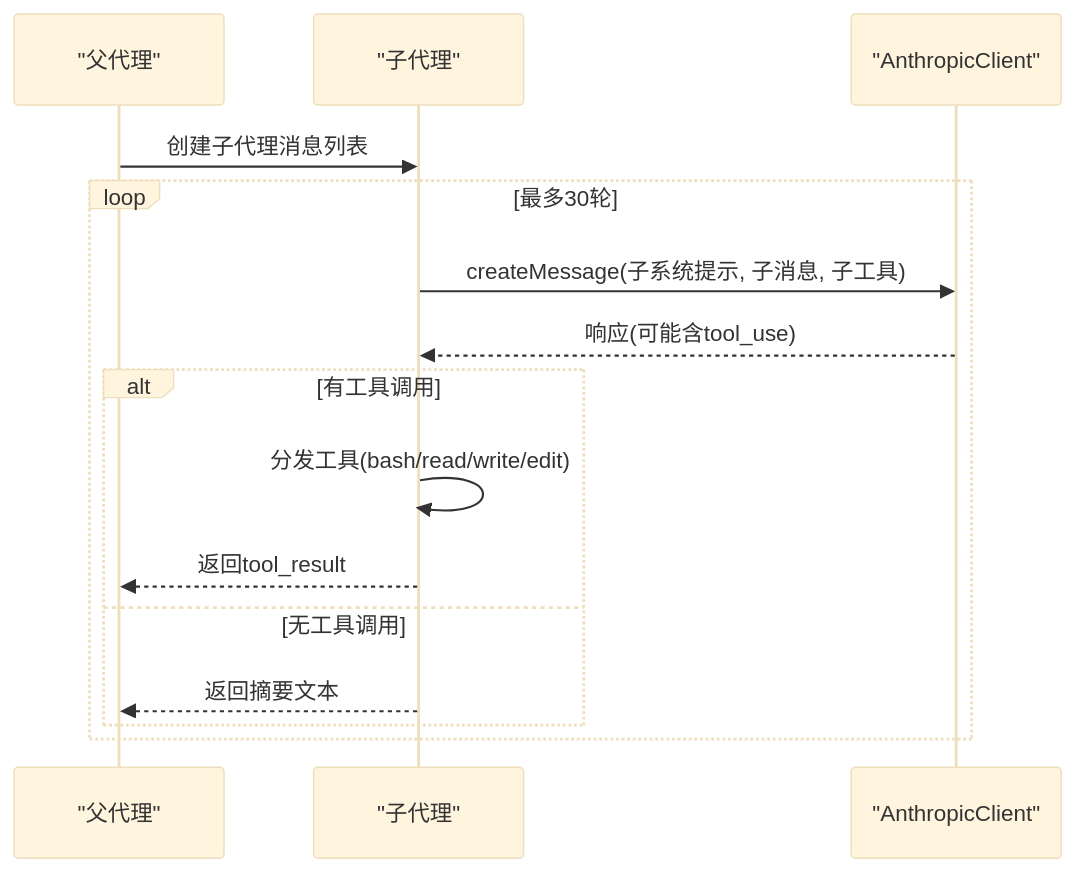
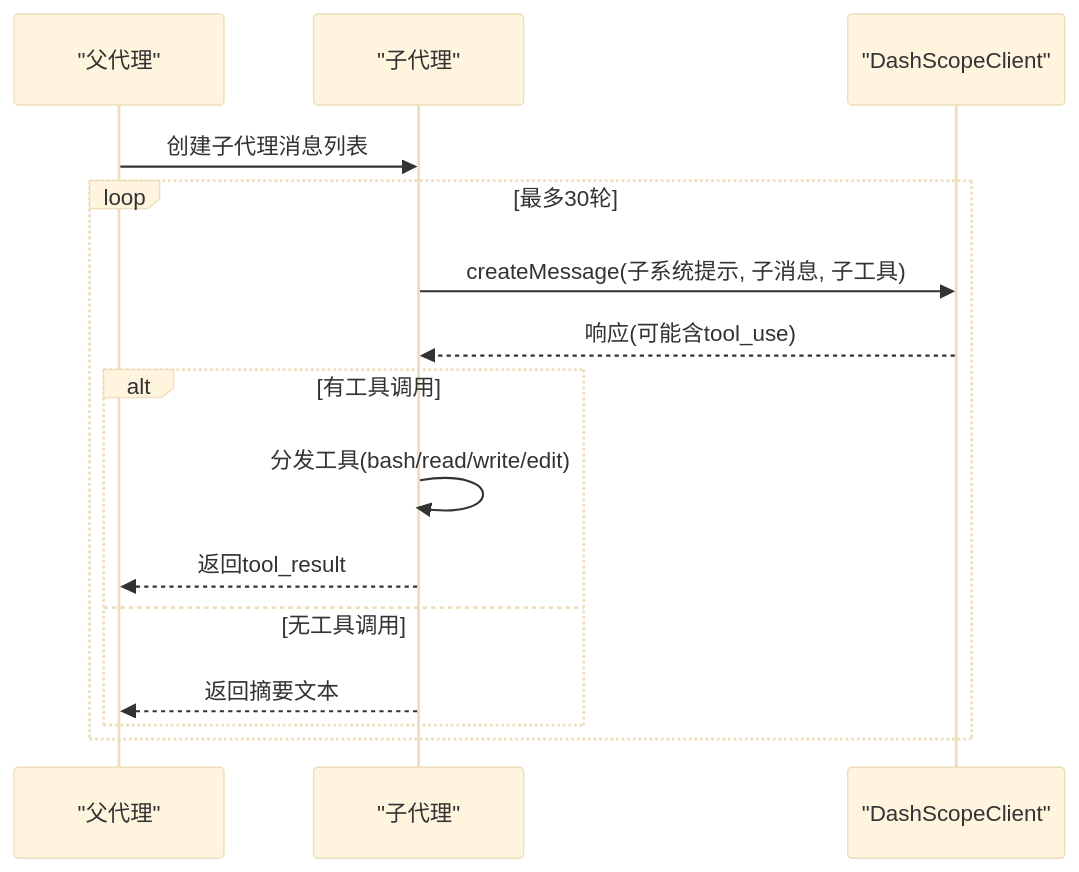
Before and after one commit to zhaojunyi0016/learn-harness: the fifth of 20 diagrams in .qoder/repowiki/zh/content/代理模块系列/高级代理模块.md, drawn with Mermaid (base theme). The commit also changed other lines of this file and 5 other files, not shown here.

````diff
--- a/.qoder/repowiki/zh/content/代理模块系列/高级代理模块.md
+++ b/.qoder/repowiki/zh/content/代理模块系列/高级代理模块.md
@@ -153,17 +242,17 @@
 ```mermaid
 sequenceDiagram
 participant Parent as "父代理"
 participant Child as "子代理"
-participant AC as "AnthropicClient"
+participant DS as "DashScopeClient"
 Parent->>Child : 创建子代理消息列表
 loop 最多30轮
-Child->>AC : createMessage(子系统提示, 子消息, 子工具)
-AC-->>Child : 响应(可能含tool_use)
+Child->>DS : createMessage(子系统提示, 子消息, 子工具)
+DS-->>Child : 响应(可能含tool_use)
 alt 有工具调用
 Child->>Child : 分发工具(bash/read/write/edit)
 Child-->>Parent : 返回tool_result
 else 无工具调用
 Child-->>Parent : 返回摘要文本
 end
 end
 ```
````
